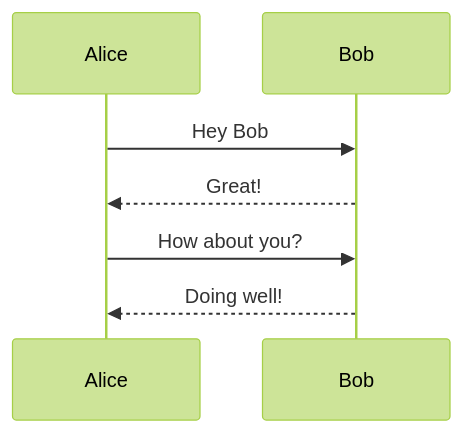
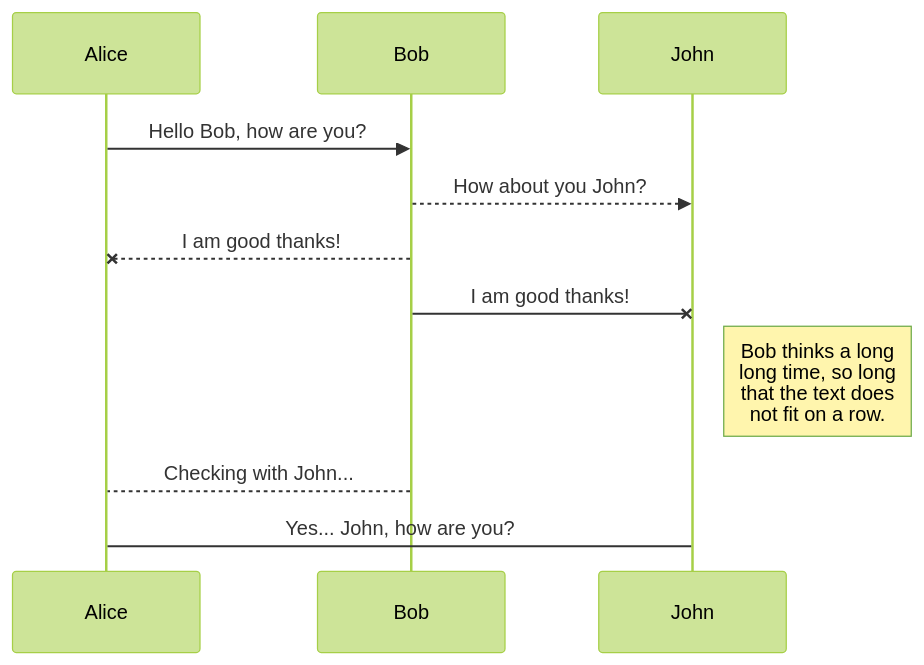
Before and after one commit to decentralized-identity/spec-up: the second of 4 diagrams in single-file-test/spec.md, drawn with Mermaid (forest theme). The commit also changed other lines of this file and 3 other files, not shown here.

````diff
--- a/single-file-test/spec.md
+++ b/single-file-test/spec.md
@@ -179,9 +181,11 @@
 ```mermaid
 sequenceDiagram
-  participant Alice
-  participant Bob
-  Alice->>Bob: Hey Bob
-  Bob-->>Alice: Great!
-  Alice->>Bob: How about you?
-  Bob-->>Alice: Doing well!
+  Alice ->> Bob: Hello Bob, how are you?
+  Bob-->>John: How about you John?
+  Bob--x Alice: I am good thanks!
+  Bob-x John: I am good thanks!
+  Note right of John: Bob thinks a long<br/>long time, so long<br/>that the text does<br/>not fit on a row.
+
+  Bob-->Alice: Checking with John...
+  Alice->John: Yes... John, how are you?
 ```
````
